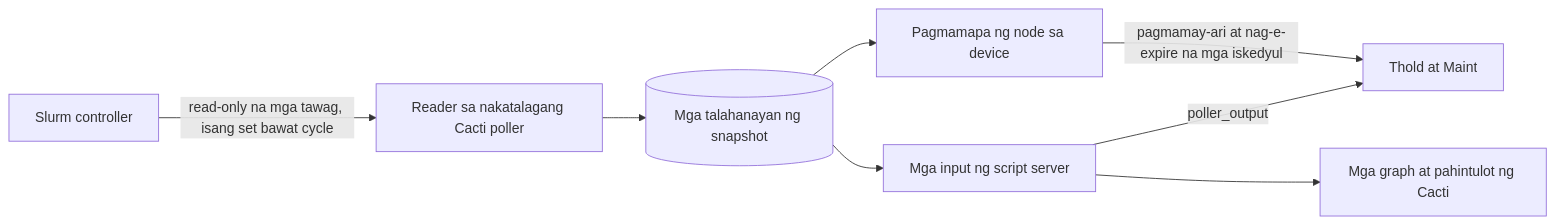
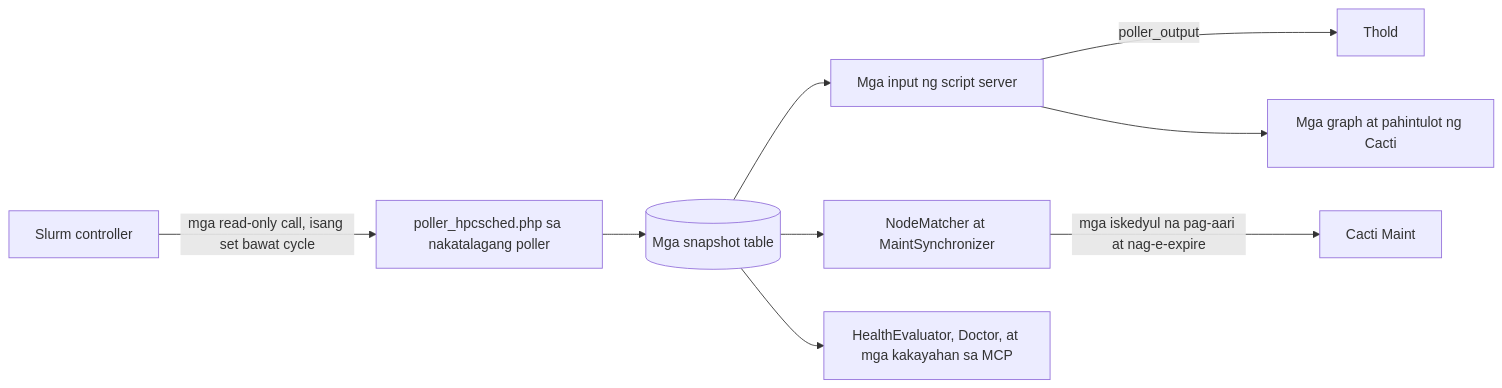
Before and after one commit to somethingwithproof/plugin_hpcsched: the diagram in docs/i18n/fil-PH/README.md, drawn with Mermaid. The commit also changed other lines of this file and 48 other files, not shown here.

````diff
--- a/docs/i18n/fil-PH/README.md
+++ b/docs/i18n/fil-PH/README.md
@@ -99,10 +163,11 @@
 ```mermaid
 flowchart LR
-    S[Slurm controller] -->|read-only na mga tawag, isang set bawat cycle| R[Reader sa nakatalagang Cacti poller]
-    R --> SNAP[(Mga talahanayan ng snapshot)]
+    S[Slurm controller] -->|mga read-only call, isang set bawat cycle| R[poller_hpcsched.php sa nakatalagang poller]
+    R --> SNAP[(Mga snapshot table)]
     SNAP --> SS[Mga input ng script server]
-    SS -->|poller_output| T[Thold at Maint]
+    SS -->|poller_output| T[Thold]
     SS --> G[Mga graph at pahintulot ng Cacti]
-    SNAP --> MAP[Pagmamapa ng node sa device]
-    MAP -->|pagmamay-ari at nag-e-expire na mga iskedyul| T
+    SNAP --> MAP[NodeMatcher at MaintSynchronizer]
+    MAP -->|mga iskedyul na pag-aari at nag-e-expire| M[Cacti Maint]
+    SNAP --> H[HealthEvaluator, Doctor, at mga kakayahan sa MCP]
 ```
````
